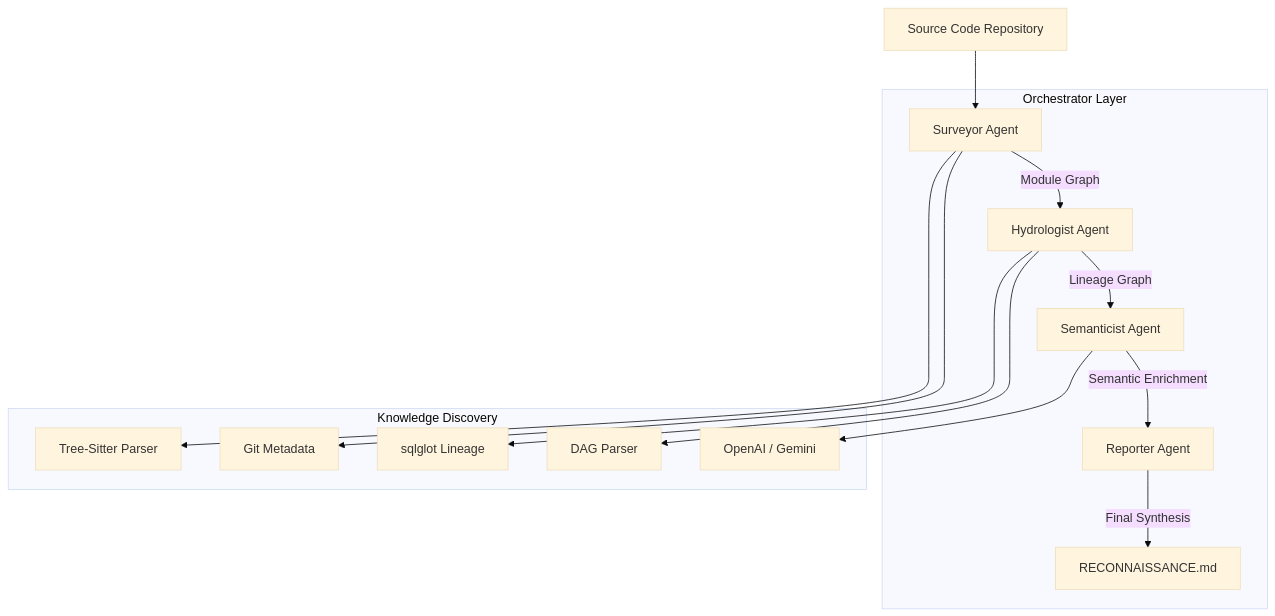
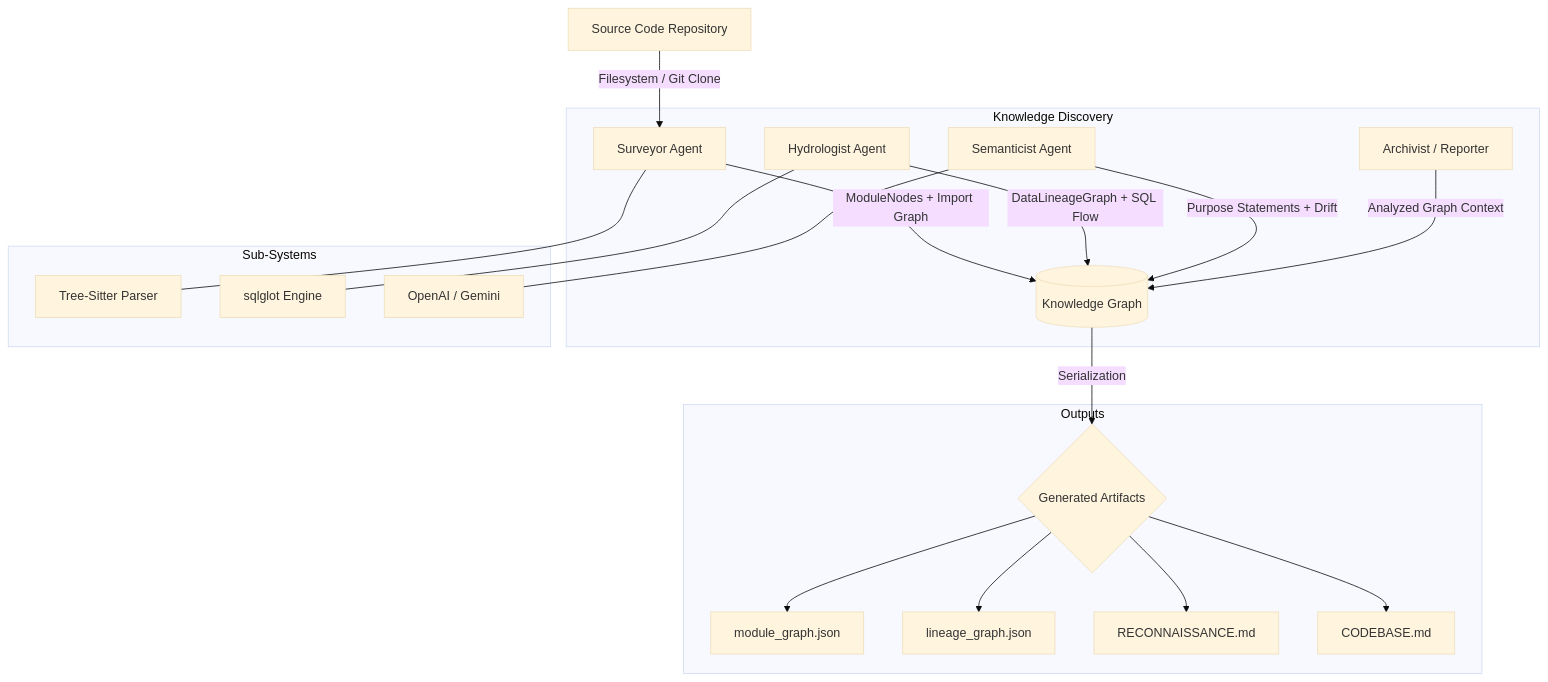
The diagram in INTERIM_REPORT.md (richh-s/codebase-cartographer), drawn with Mermaid (base theme) before and after one commit. The commit also changed other lines of this file, not shown here.

````diff
--- a/INTERIM_REPORT.md
+++ b/INTERIM_REPORT.md
@@ -30,19 +29,26 @@
 ```mermaid
 graph TD
-    Repo[Source Code Repository] --> Surveyor
+    Repo[Source Code Repository] -- "Filesystem / Git Clone" --> Surveyor
     
-    subgraph "Orchestrator Layer"
-        Surveyor[Surveyor Agent] -- Module Graph --> Hydrologist
-        Hydrologist[Hydrologist Agent] -- Lineage Graph --> Semanticist
-        Semanticist[Semanticist Agent] -- Semantic Enrichment --> Reporter
-        Reporter[Reporter Agent] -- Final Synthesis --> Report[RECONNAISSANCE.md]
+    subgraph "Knowledge Discovery"
+        Surveyor[Surveyor Agent] -- "ModuleNodes + Import Graph" --> KG[(Knowledge Graph)]
+        Hydrologist[Hydrologist Agent] -- "DataLineageGraph + SQL Flow" --> KG
+        Semanticist[Semanticist Agent] -- "Purpose Statements + Drift" --> KG
+        Archivist[Archivist / Reporter] -- "Analyzed Graph Context" --> KG
     end
     
-    subgraph "Knowledge Discovery"
-        Surveyor --> TS[Tree-Sitter Parser]
-        Surveyor --> Git[Git Metadata]
-        Hydrologist --> SQL[sqlglot Lineage]
-        Hydrologist --> YAML[DAG Parser]
-        Semanticist --> LLM[OpenAI / Gemini]
+    KG -- "Serialization" --> Artifacts{Generated Artifacts}
+    
+    subgraph "Outputs"
+        Artifacts --> MG["module_graph.json"]
+        Artifacts --> LG["lineage_graph.json"]
+        Artifacts --> RB["RECONNAISSANCE.md"]
+        Artifacts --> CB["CODEBASE.md"]
+    end
+    
+    subgraph "Sub-Systems"
+        Surveyor --- TS[Tree-Sitter Parser]
+        Hydrologist --- SQL[sqlglot Engine]
+        Semanticist --- LLM[OpenAI / Gemini]
     end
 ```
````
